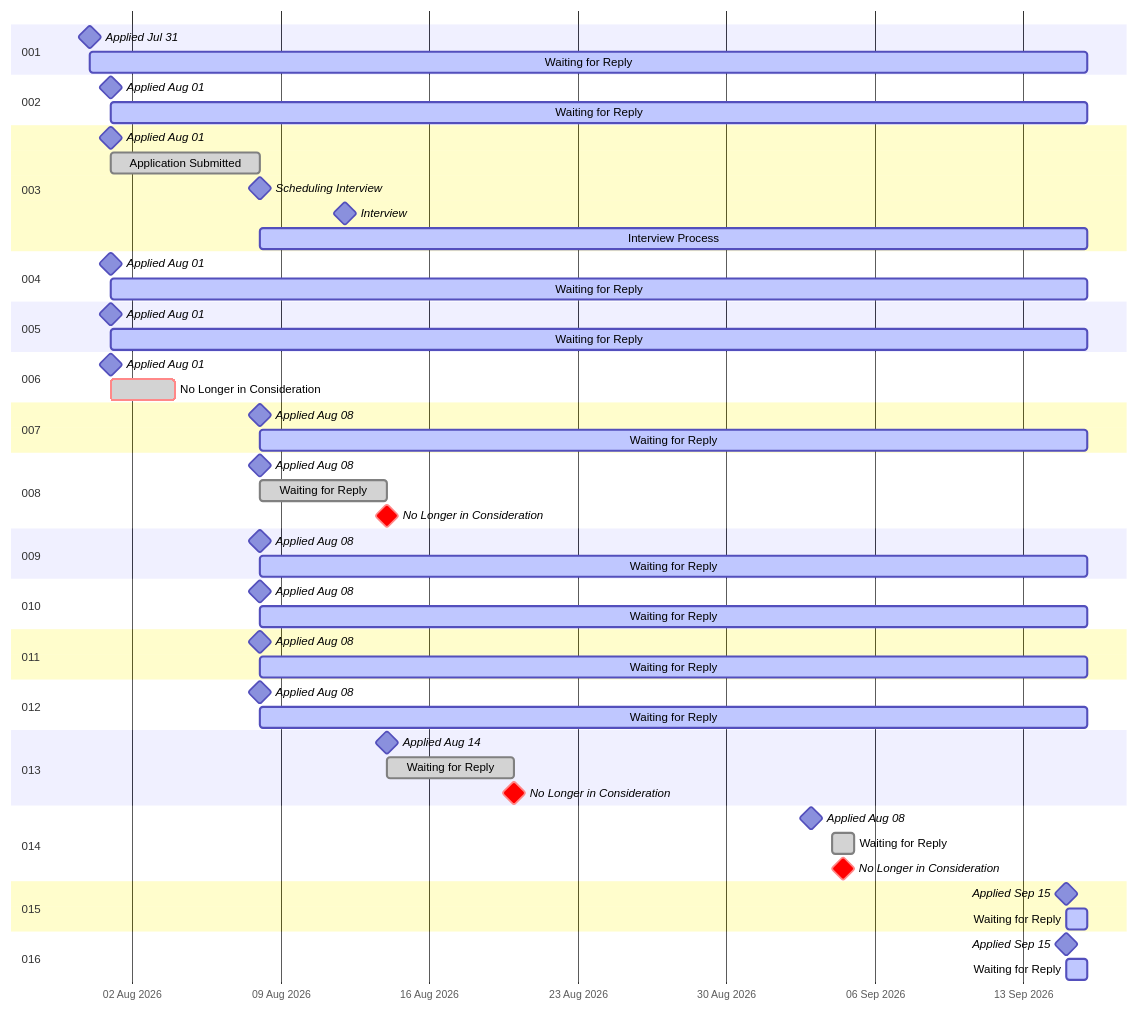
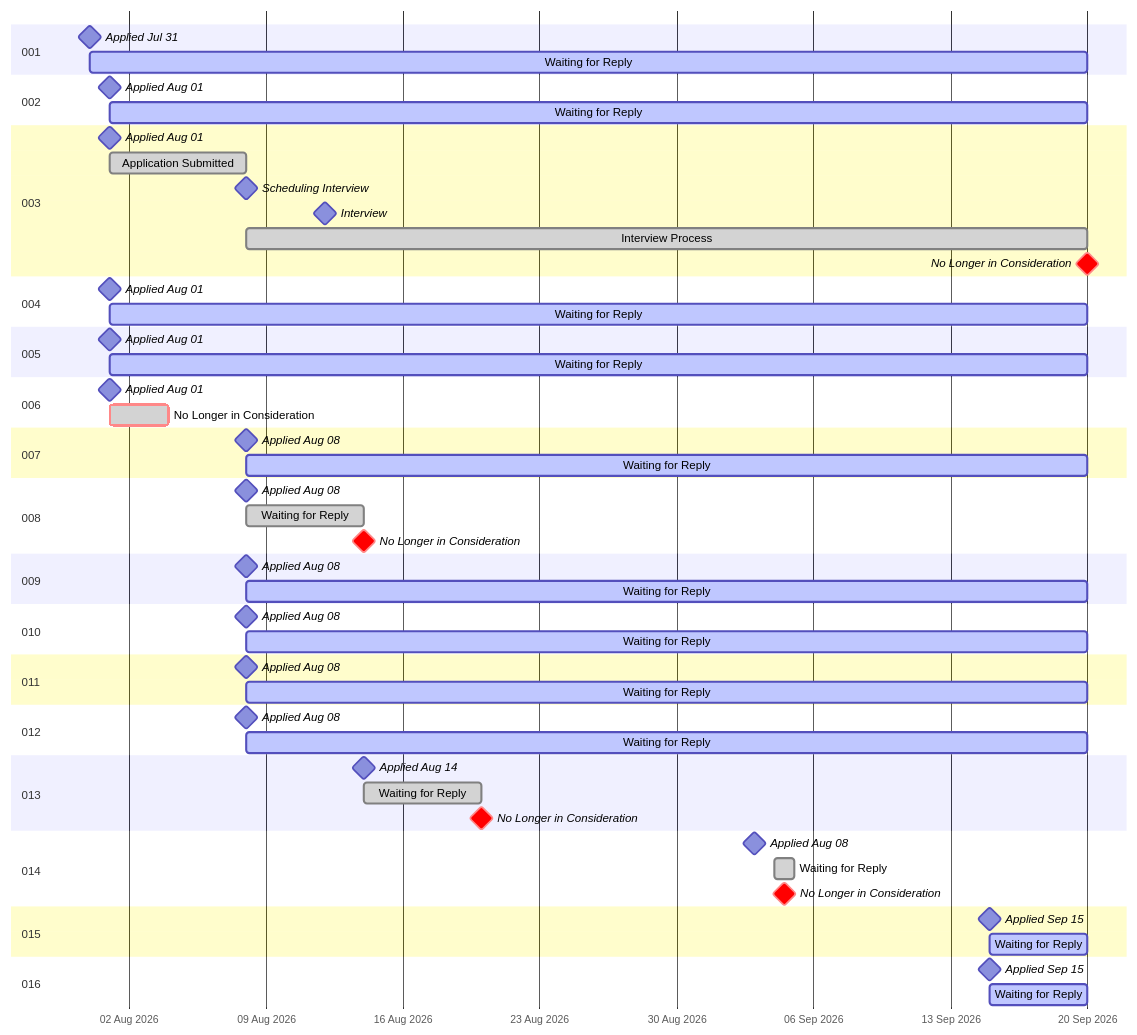
One commit to RileyBeenders/rileybeenders.com changed the diagram in README.md. Above: the diagram before and after it, drawn with Mermaid. The commit also changed other lines of this file and 3 other files, not shown here.

````diff
--- a/README.md
+++ b/README.md
@@ -12,76 +12,77 @@
 ```mermaid
   gantt
     dateFormat YYYY-MM-DD
     tickInterval 1week
     axisFormat %d %b %Y
 
     section 001
     Applied Jul 31                  :milestone, 2026-07-31, 0d
-    Waiting for Reply               :active, 2026-07-31, 47d
+    Waiting for Reply               :active, 2026-07-31, 51d
 
     section 002
     Applied Aug 01                  :milestone, 2026-08-01, 0d
-    Waiting for Reply               :active, 2026-08-01, 46d
+    Waiting for Reply               :active, 2026-08-01, 50d
 
     section 003
     Applied Aug 01                  :milestone, 2026-08-01, 0d
     Application Submitted           :done, 2026-08-01, 7d
     Scheduling Interview            :milestone, 2026-08-08, 0d
     Interview                       :milestone, 2026-08-12, 0d
-    Interview Process               :active, 2026-08-08, 39d
+    Interview Process               :done, 2026-08-08, 43d
+    No Longer in Consideration      :crit, milestone, 2026-09-20, 0d
 
     section 004
     Applied Aug 01                  :milestone, 2026-08-01, 0d
-    Waiting for Reply               :active, 2026-08-01, 46d
+    Waiting for Reply               :active, 2026-08-01, 50d
 
     section 005
     Applied Aug 01                  :milestone, 2026-08-01, 0d
-    Waiting for Reply               :active, 2026-08-01, 46d
+    Waiting for Reply               :active, 2026-08-01, 50d
 
     section 006
     Applied Aug 01                  :milestone, 2026-08-01, 0d
     No Longer in Consideration      :crit, done, 2026-08-01, 3d
 
     section 007
     Applied Aug 08                  :milestone, 2026-08-08, 0d
-    Waiting for Reply               :active, 2026-08-08, 39d
+    Waiting for Reply               :active, 2026-08-08, 43d
 
     section 008
     Applied Aug 08                  :milestone, 2026-08-08, 0d
     Waiting for Reply               :done, 2026-08-08, 6d
     No Longer in Consideration      :crit, milestone, 2026-08-14, 0d
 
     section 009
     Applied Aug 08                  :milestone, 2026-08-08, 0d
-    Waiting for Reply               :active, 2026-08-08, 39d
+    Waiting for Reply               :active, 2026-08-08, 43d
 
     section 010
     Applied Aug 08                  :milestone, 2026-08-08, 0d
-    Waiting for Reply               :active, 2026-08-08, 39d
+    Waiting for Reply               :active, 2026-08-08, 43d
 
     section 011
     Applied Aug 08                  :milestone, 2026-08-08, 0d
-    Waiting for Reply               :active, 2026-08-08, 39d
+    Waiting for Reply               :active, 2026-08-08, 43d
 
     section 012
     Applied Aug 08                  :milestone, 2026-08-08, 0d
-    Waiting for Reply               :active, 2026-08-08, 39d
+    Waiting for Reply               :active, 2026-08-08, 43d
 
     section 013
     Applied Aug 14                  :milestone, 2026-08-14, 0d
     Waiting for Reply               :done, 2026-08-14, 6d
     No Longer in Consideration      :crit, milestone, 2026-08-20, 0d
 
     section 014
     Applied Aug 08                  :milestone, 2026-09-03, 0d
     Waiting for Reply               :done, 2026-09-04, 1d
     No Longer in Consideration      :crit, milestone, 2026-09-04, 1d
 
     section 015
     Applied Sep 15                  :milestone, 2026-09-15, 0d
-    Waiting for Reply               :active, 2026-09-15, 1d
+    Waiting for Reply               :active, 2026-09-15, 5d
 
     section 016
     Applied Sep 15                  :milestone, 2026-09-15, 0d
-    Waiting for Reply               :active, 2026-09-15, 1d
+    Waiting for Reply               :active, 2026-09-15, 5d
 ```
````
